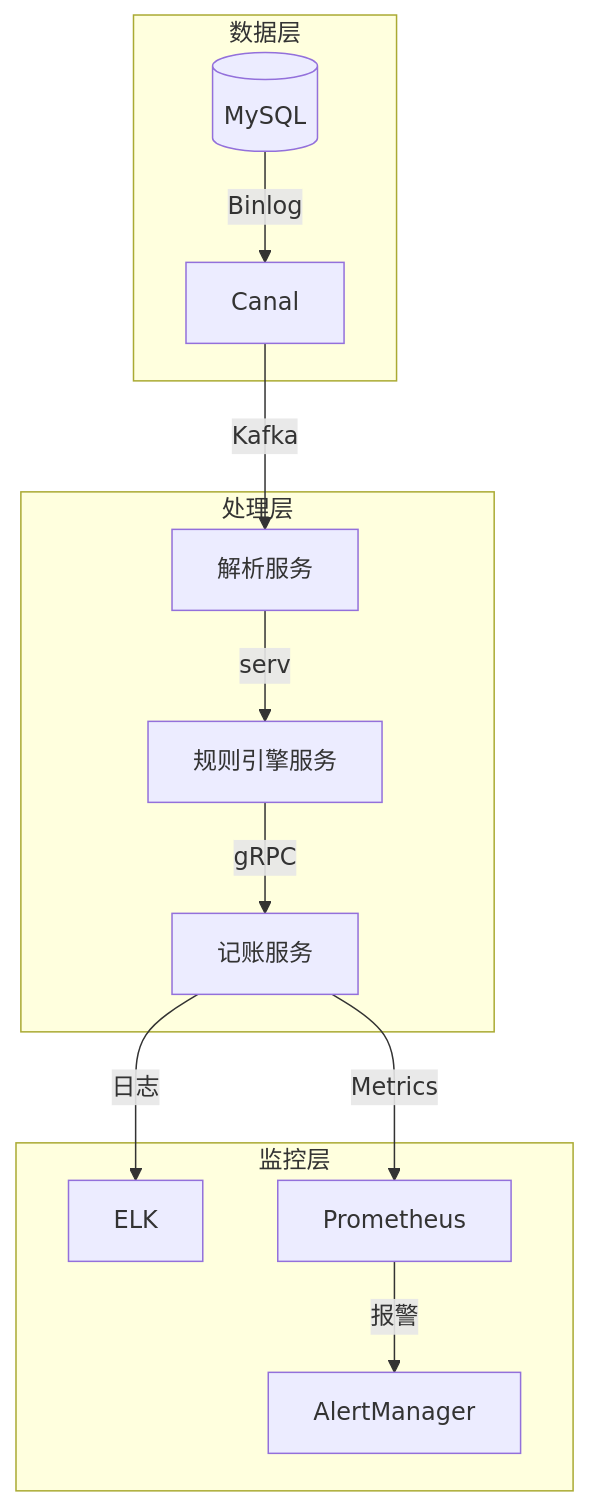
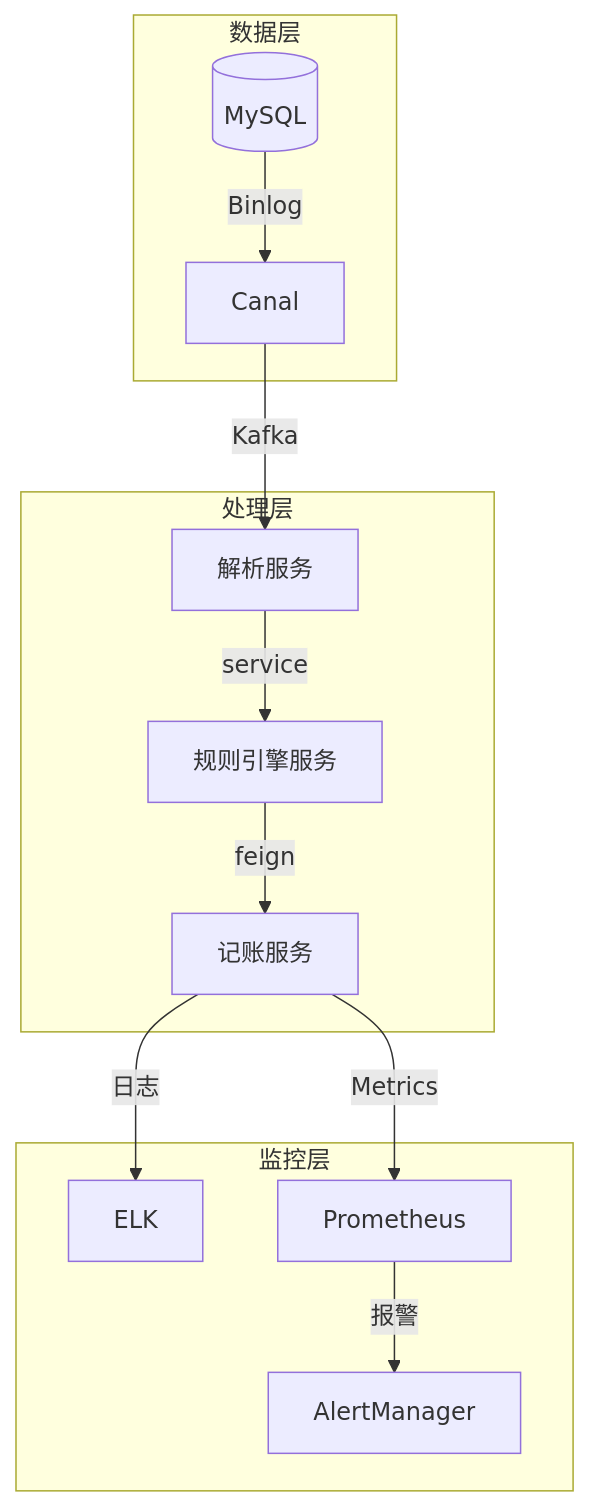
The diagram in all/未命名-1.md (87828943/iodraw-files), drawn with Mermaid before and after one commit.

Commit message:
2025-07-01 19:51:19 update

````diff
--- a/all/未命名-1.md
+++ b/all/未命名-1.md
@@ -1,16 +1,16 @@
 ```mermaid
 graph TB
     subgraph 数据层
         DB[(MySQL)] -->|Binlog| Canal
     end
     subgraph 处理层
         Canal -->|Kafka| Parser[解析服务]
-        Parser -->|serv| Engine[规则引擎服务]
-        Engine -->|gRPC| Accounting[记账服务]
+        Parser -->|service| Engine[规则引擎服务]
+        Engine -->|feign| Accounting[记账服务]
     end
     subgraph 监控层
         Accounting -->|日志| ELK
         Accounting -->|Metrics| Prometheus
         Prometheus -->|报警| AlertManager
     end
 ```
````
